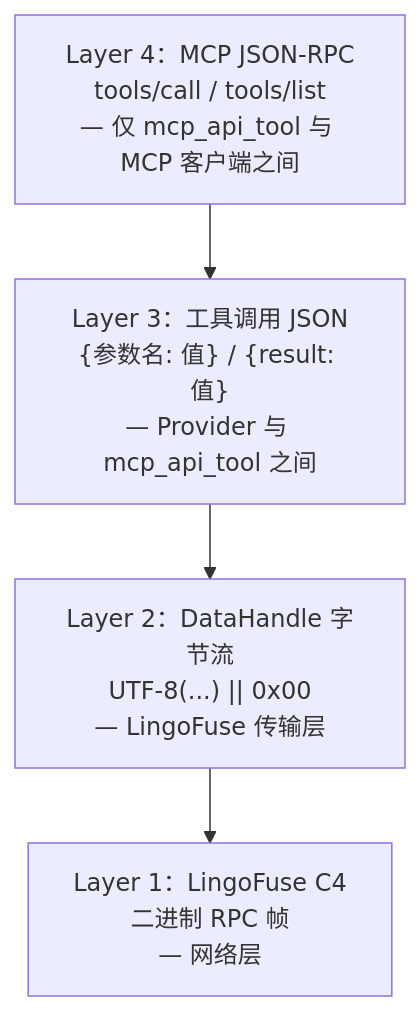
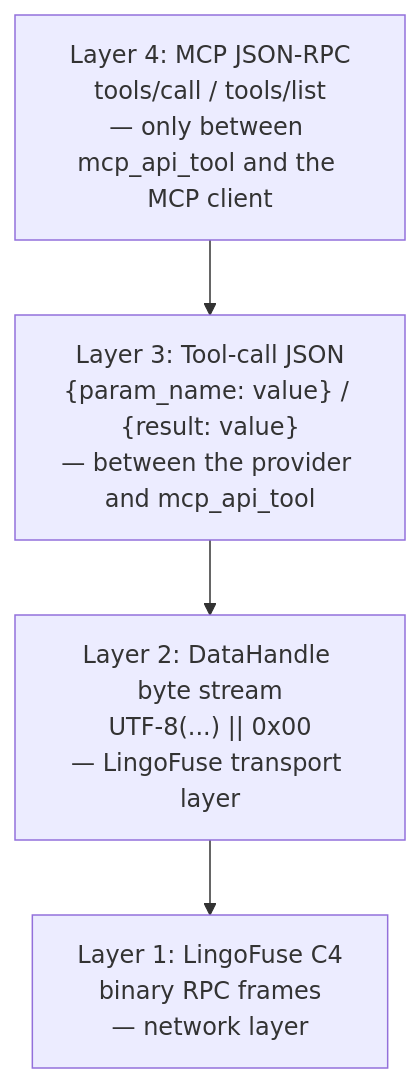
Before and after one commit to PassByYou888/LingoFuse-Tools: the third of 13 diagrams in src/pascal_c_to_mcp/MCP_API_Contract.md, drawn with Mermaid. The commit also changed other lines of this file, not shown here.

````diff
--- a/src/pascal_c_to_mcp/MCP_API_Contract.md
+++ b/src/pascal_c_to_mcp/MCP_API_Contract.md
@@ -117,11 +117,11 @@
 ```mermaid
 flowchart TB
-    L4["Layer 4：MCP JSON-RPC<br/>tools/call / tools/list<br/>— 仅 mcp_api_tool 与 MCP 客户端之间"]
-    L3["Layer 3：工具调用 JSON<br/>{参数名: 值} / {result: 值}<br/>— Provider 与 mcp_api_tool 之间"]
-    L2["Layer 2：DataHandle 字节流<br/>UTF-8(...) || 0x00<br/>— LingoFuse 传输层"]
-    L1["Layer 1：LingoFuse C4<br/>二进制 RPC 帧<br/>— 网络层"]
+    L4["Layer 4: MCP JSON-RPC<br/>tools/call / tools/list<br/>— only between mcp_api_tool and the MCP client"]
+    L3["Layer 3: Tool-call JSON<br/>{param_name: value} / {result: value}<br/>— between the provider and mcp_api_tool"]
+    L2["Layer 2: DataHandle byte stream<br/>UTF-8(...) || 0x00<br/>— LingoFuse transport layer"]
+    L1["Layer 1: LingoFuse C4<br/>binary RPC frames<br/>— network layer"]
 
     L4 --> L3
     L3 --> L2
     L2 --> L1
 ```
````
